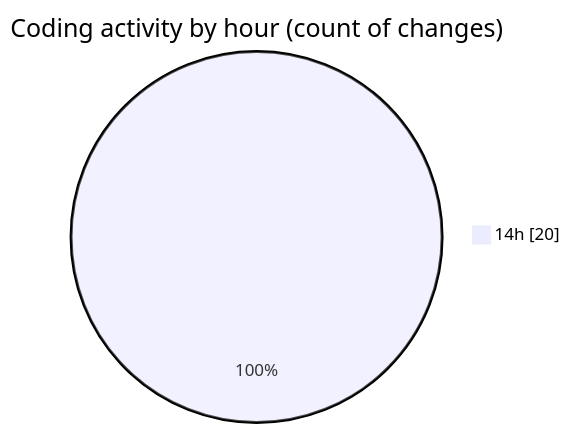
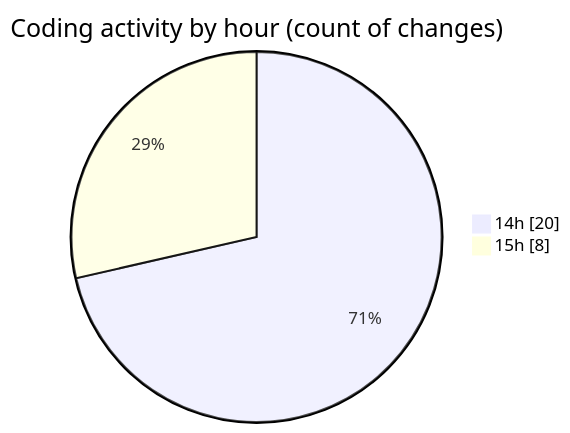
Before and after one commit to nxtqubesakshisongat/code-tracking: the second of 2 diagrams in 2025-08-26/nxtqube_webapp/README.md, drawn with Mermaid. The commit also changed other lines of this file and 1 other file, not shown here.

````diff
--- a/2025-08-26/nxtqube_webapp/README.md
+++ b/2025-08-26/nxtqube_webapp/README.md
@@ -31,5 +34,6 @@
 ```mermaid
 pie showData
 title Coding activity by hour (count of changes)
 "14h" : 20
+"15h" : 8
 ```
````
